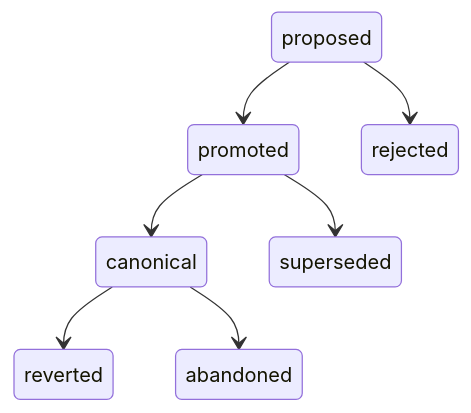
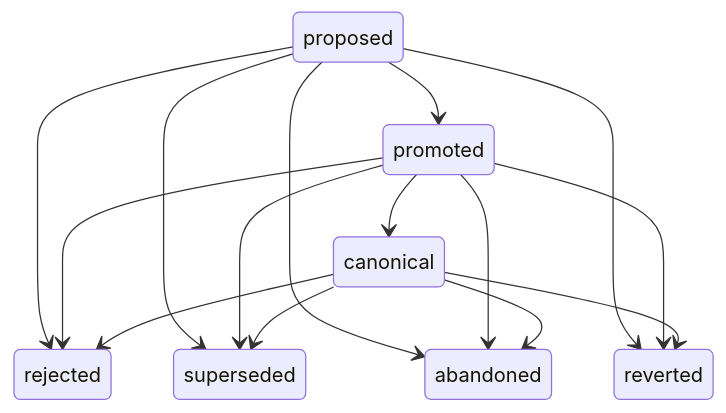
The third of 3 diagrams in README.md (shapes-fyi/shapes), drawn with Mermaid before and after one commit.

Commit message:
Fix lifecycle diagram: any progressive state can reach any terminal state (#13)

````diff
--- a/README.md
+++ b/README.md
@@ -158,9 +158,17 @@
 ```mermaid
 stateDiagram-v2
   proposed --> promoted
   promoted --> canonical
   proposed --> rejected
+  proposed --> superseded
+  proposed --> abandoned
+  proposed --> reverted
+  promoted --> rejected
   promoted --> superseded
+  promoted --> abandoned
+  promoted --> reverted
+  canonical --> rejected
+  canonical --> superseded
+  canonical --> abandoned
   canonical --> reverted
-  canonical --> abandoned
 ```
````
